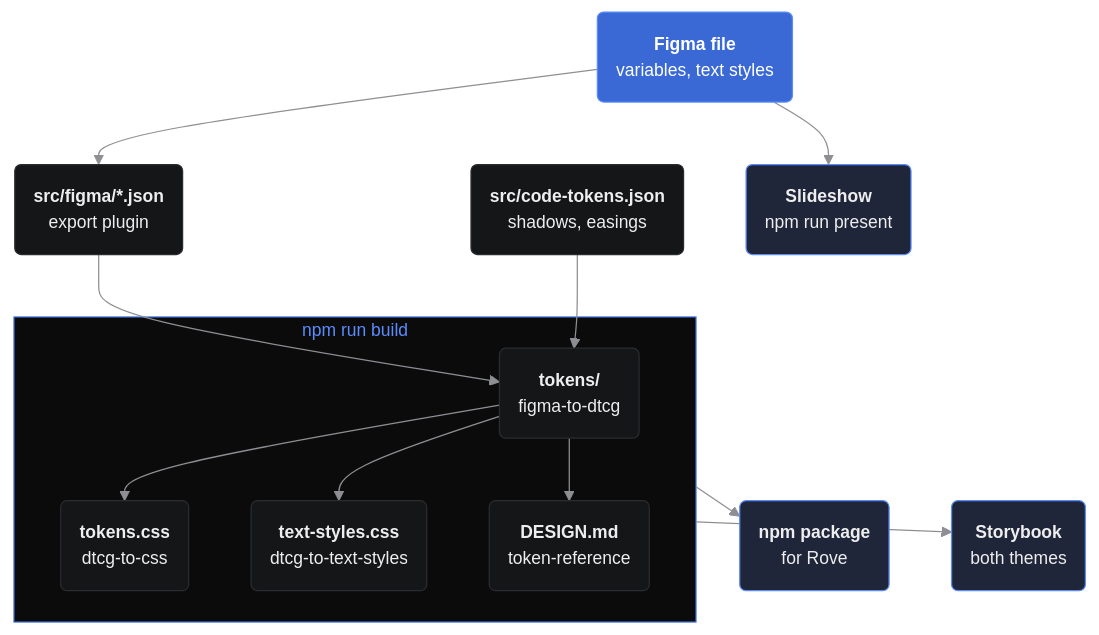
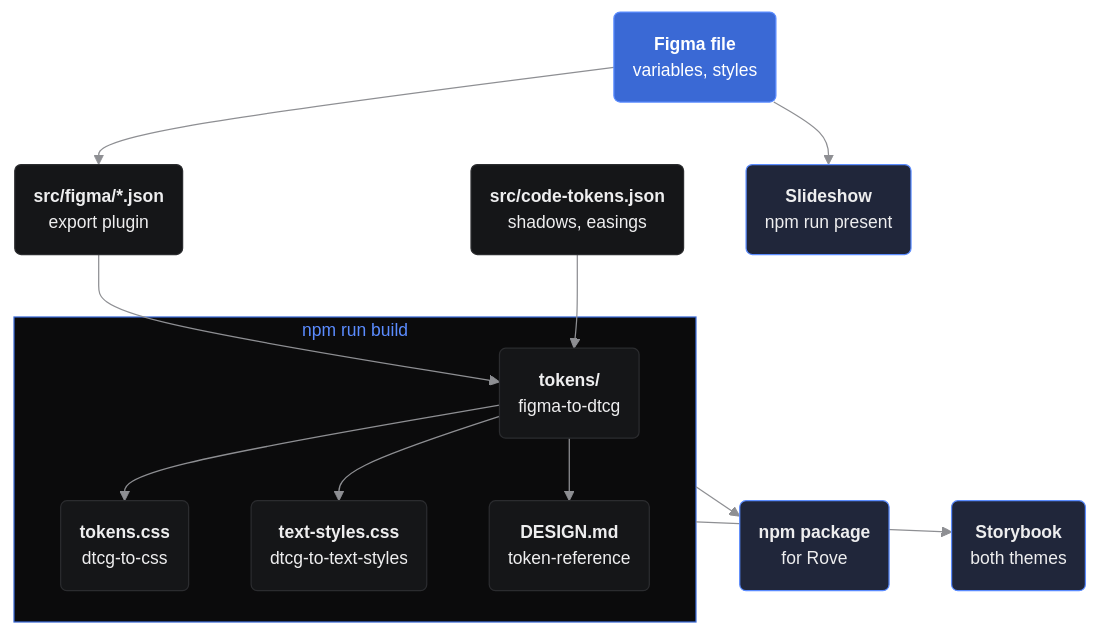
The diagram in README.md (swiftsolve/rove-tokens), drawn with Mermaid before and after one commit. The commit also changed other lines of this file, not shown here.

Commit message:
docs: chart labels on one line; Storybook links on their own row

````diff
--- a/README.md
+++ b/README.md
@@ -40,27 +41,27 @@
 ```mermaid
 %%{init: {"theme": "base", "themeVariables": {"fontFamily": "Inter, -apple-system, Segoe UI, Helvetica, Arial, sans-serif", "fontSize": "14px", "primaryColor": "#151618", "primaryTextColor": "#eeeeef", "primaryBorderColor": "#2b2c2f", "lineColor": "#8e8f93", "clusterBkg": "#0b0b0c", "clusterBorder": "#3a69d5", "titleColor": "#5b8cff"}}}%%
 flowchart TD
-  figma("<b>Figma file</b><br/>variables, text styles"):::source
+  figma("<b>Figma file</b><br/>variables, styles"):::source
   exports("<b>src/figma/*.json</b><br/>export plugin"):::file
-  code("<b>src/code-tokens.json</b><br/>shadows, easings"):::file
+  code("<b>src/code‑tokens.json</b><br/>shadows, easings"):::file
   slides("<b>Slideshow</b><br/>npm run present"):::ship
 
   subgraph build ["npm run build"]
     dtcg("<b>tokens/</b><br/>figma-to-dtcg"):::file
     css("<b>tokens.css</b><br/>dtcg-to-css"):::file
     textCss("<b>text-styles.css</b><br/>dtcg-to-text-styles"):::file
     design("<b>DESIGN.md</b><br/>token-reference"):::file
   end
 
   pkg("<b>npm package</b><br/>for Rove"):::ship
   storybook("<b>Storybook</b><br/>both themes"):::ship
 
   figma --> exports & slides
   exports & code --> dtcg
   dtcg --> css & textCss & design
   build --> pkg & storybook
 
   classDef source fill:#3a69d5,stroke:#5b8cff,color:#ffffff
   classDef file fill:#151618,stroke:#2b2c2f,color:#eeeeef
   classDef ship fill:#20263a,stroke:#5b8cff,color:#eeeeef
 ```
````
